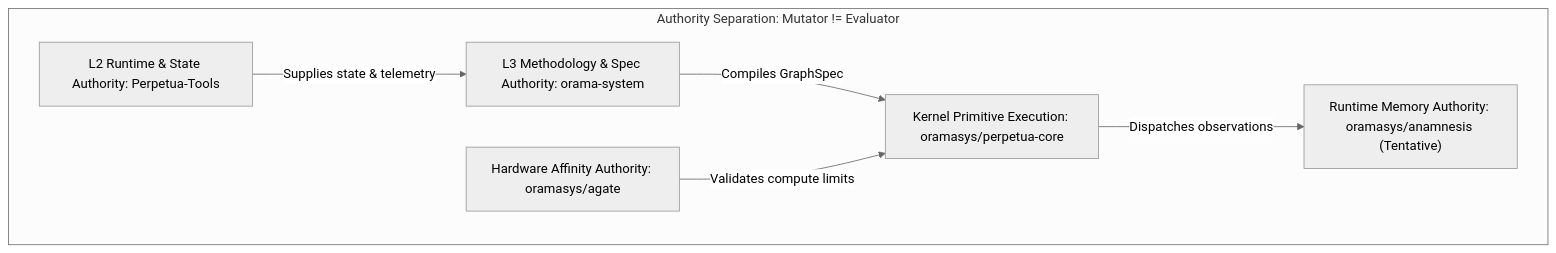
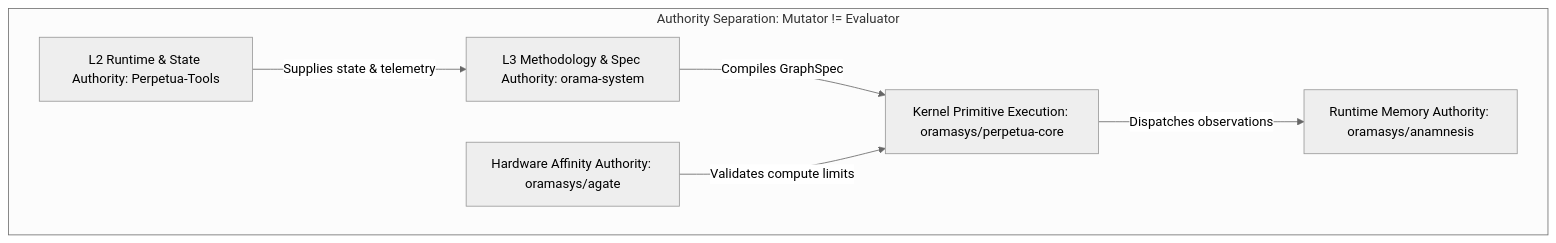
The first of 7 diagrams in docs/architecture/2026-09-25-pt-agent-migration-and-lesson-capture.md (oramasys/alexandria), drawn with Mermaid (neutral theme) before and after one commit. The commit also changed other lines of this file and 2 other files, not shown here.

First line of the commit message:
docs: correct anamnesis stack, trust tiers, and ownership

````diff
--- a/docs/architecture/2026-09-25-pt-agent-migration-and-lesson-capture.md
+++ b/docs/architecture/2026-09-25-pt-agent-migration-and-lesson-capture.md
@@ -43,14 +46,14 @@
 ```mermaid
 graph TD
     subgraph Authority_Split["Authority Separation: Mutator != Evaluator"]
         L2["L2 Runtime & State Authority: Perpetua-Tools"]
         L3["L3 Methodology & Spec Authority: orama-system"]
         K["Kernel Primitive Execution: oramasys/perpetua-core"]
         H["Hardware Affinity Authority: oramasys/agate"]
-        M["Runtime Memory Authority: oramasys/anamnesis (Tentative)"]
+        M["Runtime Memory Authority: oramasys/anamnesis"]
     end
     L2 -->|"Supplies state & telemetry"| L3
     L3 -->|"Compiles GraphSpec"| K
     H -->|"Validates compute limits"| K
     K -->|"Dispatches observations"| M
 ```
````
